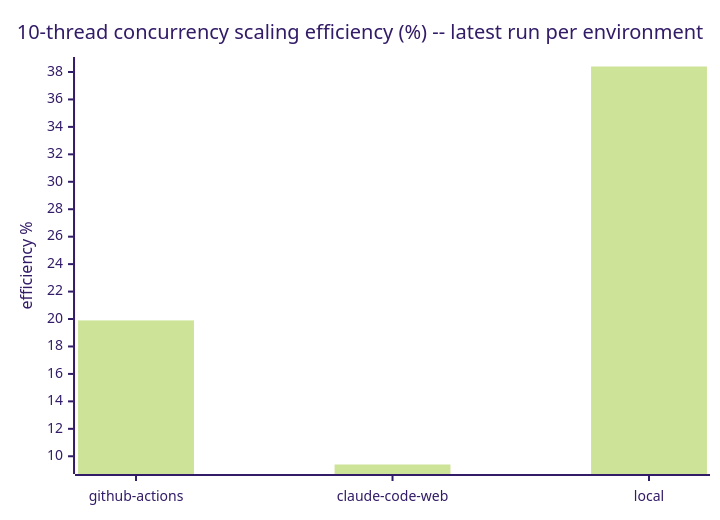
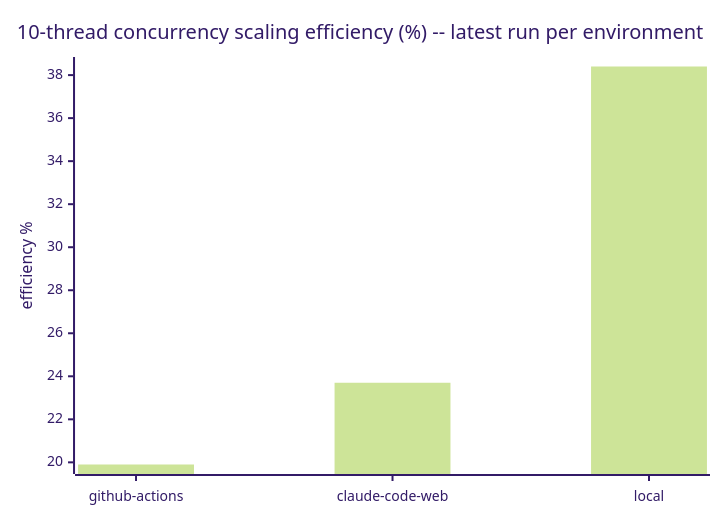
Before and after one commit to cpb/duckling: the fifth of 5 diagrams in docs/benchmarks/README.md, drawn with Mermaid (forest theme). The commit also changed other lines of this file and 1 other file, not shown here.

````diff
--- a/docs/benchmarks/README.md
+++ b/docs/benchmarks/README.md
@@ -121,7 +143,7 @@
 ```mermaid
 xychart-beta
     title "10-thread concurrency scaling efficiency (%) -- latest run per environment"
     x-axis [github-actions, claude-code-web, local]
     y-axis "efficiency %"
-    bar "efficiency_pct" [19.9, 9.4, 38.4]
+    bar "efficiency_pct" [19.9, 23.7, 38.4]
 ```
````
